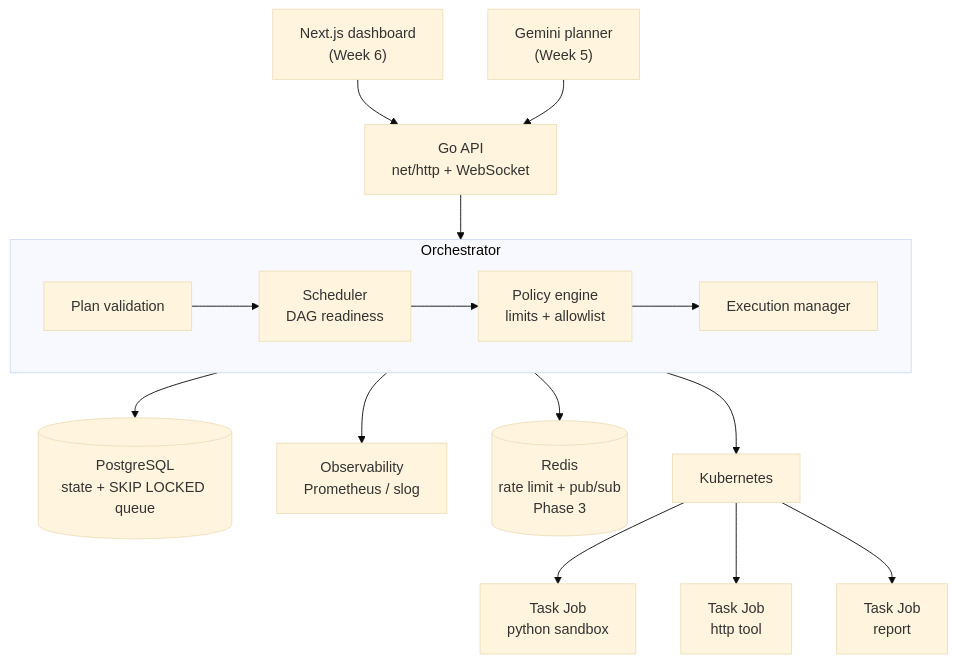
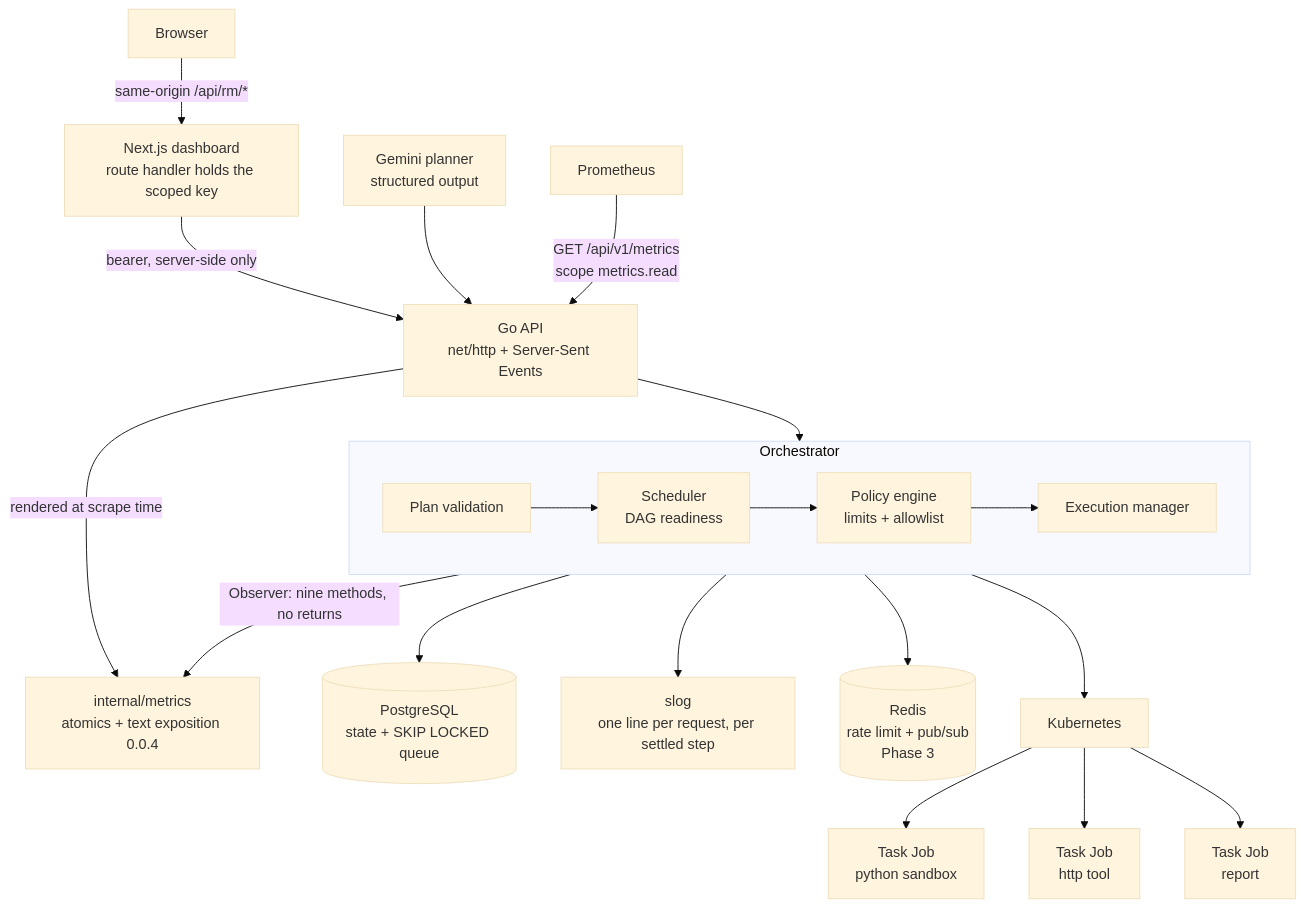
The first of 5 diagrams in docs/architecture/README.md (kalanas210/runmesh), drawn with Mermaid (base theme) before and after one commit. The commit also changed other lines of this file and 1 other file, not shown here.

First line of the commit message:
docs: Week 6 — metrics, the live stream, the console, and measured numbers

````diff
--- a/docs/architecture/README.md
+++ b/docs/architecture/README.md
@@ -8,23 +8,27 @@
 ```mermaid
 flowchart TB
-    UI["Next.js dashboard<br/>(Week 6)"] --> API
-    Agent["Gemini planner<br/>(Week 5)"] --> API
+    BROWSER["Browser"] -->|"same-origin /api/rm/*"| WEB
+    WEB["Next.js dashboard<br/>route handler holds the scoped key"] -->|"bearer, server-side only"| API
+    Agent["Gemini planner<br/>structured output"] --> API
+    PROM["Prometheus"] -->|"GET /api/v1/metrics<br/>scope metrics.read"| API
 
-    API["Go API<br/>net/http + WebSocket"] --> ORCH
+    API["Go API<br/>net/http + Server-Sent Events"] --> ORCH
+    API -->|"rendered at scrape time"| REG
 
     subgraph ORCH["Orchestrator"]
         direction LR
         PLAN["Plan validation"] --> SCHED["Scheduler<br/>DAG readiness"]
         SCHED --> POL["Policy engine<br/>limits + allowlist"]
         POL --> EXEC["Execution manager"]
     end
 
+    ORCH -->|"Observer: nine methods, no returns"| REG["internal/metrics<br/>atomics + text exposition 0.0.4"]
     ORCH --> STORE[("PostgreSQL<br/>state + SKIP LOCKED queue")]
-    ORCH --> OBS["Observability<br/>Prometheus / slog"]
+    ORCH --> LOG["slog<br/>one line per request, per settled step"]
     ORCH --> REDIS[("Redis<br/>rate limit + pub/sub<br/>Phase 3")]
 
     EXEC --> K8S["Kubernetes"]
     K8S --> P1["Task Job<br/>python sandbox"]
     K8S --> P2["Task Job<br/>http tool"]
     K8S --> P3["Task Job<br/>report"]
 ```
````
